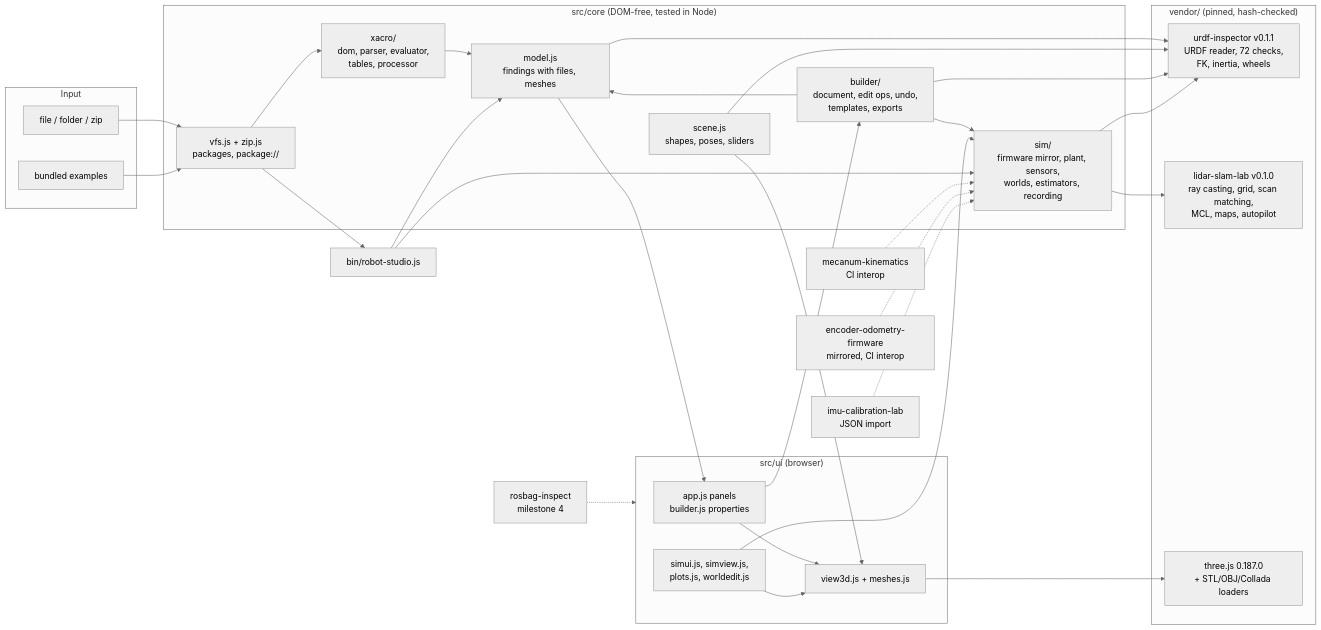
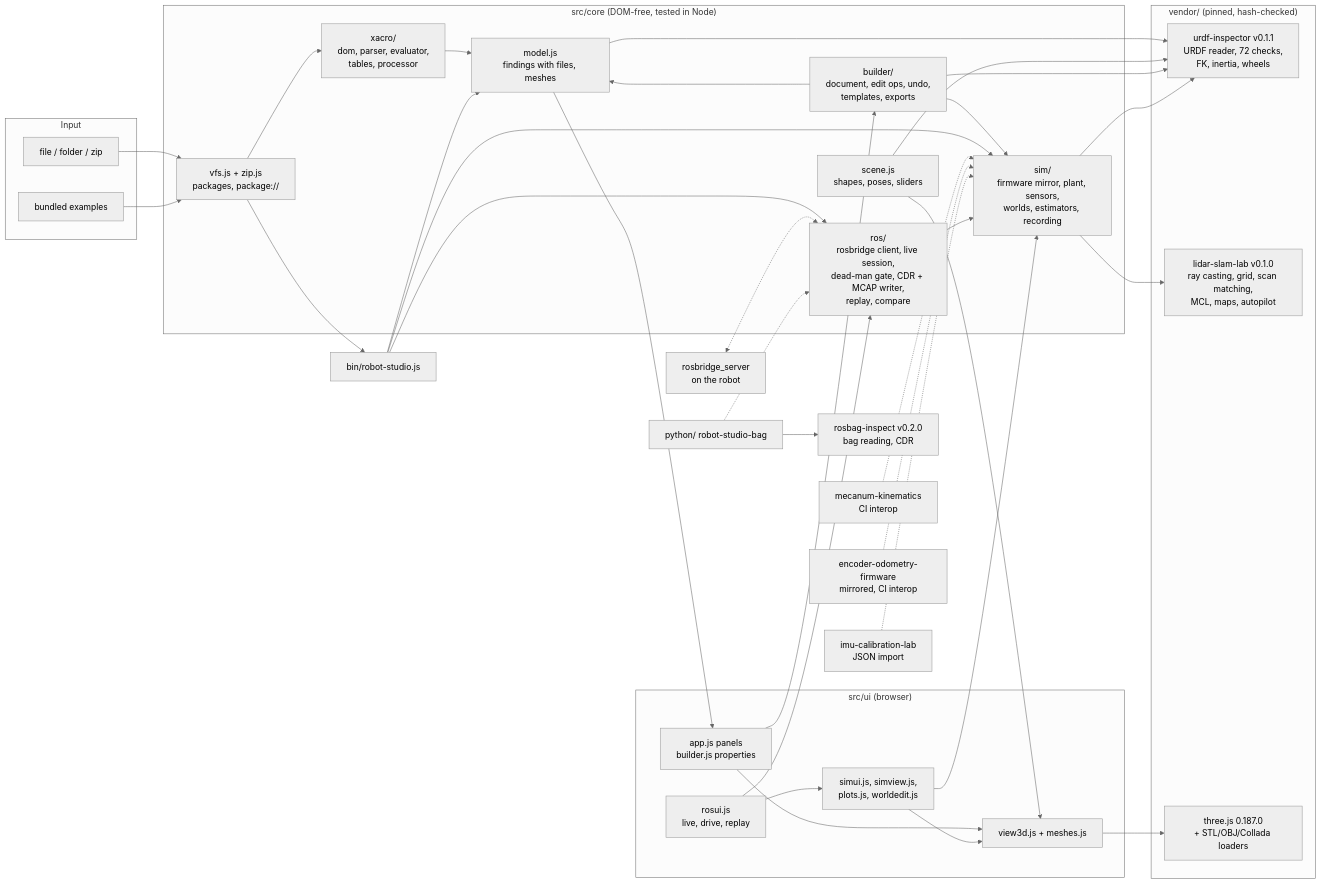
One commit to projectbin07-stack/robot-studio changed the diagram in README.md. Above: the diagram before and after it, drawn with Mermaid (neutral theme). The commit also changed other lines of this file and 6 other files, not shown here.

First line of the commit message:
Document milestone 4: docs/ros2.md, README ROS 2 section, validation tiers and owner instructions, roadmap (criteria 1-6 met, 7 not met), handoff, decisions, changelog

````diff
--- a/README.md
+++ b/README.md
@@ -266,48 +345,56 @@
 ```mermaid
 flowchart LR
   subgraph input[Input]
     F[file / folder / zip]
     E[bundled examples]
   end
   subgraph core["src/core (DOM-free, tested in Node)"]
     V[vfs.js + zip.js<br/>packages, package://]
     X[xacro/<br/>dom, parser, evaluator,<br/>tables, processor]
     M[model.js<br/>findings with files, meshes]
     S[scene.js<br/>shapes, poses, sliders]
     B[builder/<br/>document, edit ops, undo,<br/>templates, exports]
     SIM[sim/<br/>firmware mirror, plant, sensors,<br/>worlds, estimators, recording]
+    ROS[ros/<br/>rosbridge client, live session,<br/>dead-man gate, CDR + MCAP writer,<br/>replay, compare]
   end
   subgraph vendor["vendor/ (pinned, hash-checked)"]
     UI[urdf-inspector v0.1.1<br/>URDF reader, 72 checks,<br/>FK, inertia, wheels]
     LS[lidar-slam-lab v0.1.0<br/>ray casting, grid, scan matching,<br/>MCL, maps, autopilot]
     T[three.js 0.187.0<br/>+ STL/OBJ/Collada loaders]
   end
   subgraph ui["src/ui (browser)"]
     A[app.js panels<br/>builder.js properties]
     R[view3d.js + meshes.js]
     SU[simui.js, simview.js,<br/>plots.js, worldedit.js]
+    RU[rosui.js<br/>live, drive, replay]
   end
   CLI[bin/robot-studio.js]
   F --> V
   E --> V
   V --> X --> M
   M --> UI
   S --> UI
   M --> A
   S --> R --> T
   A --> R
   V --> CLI --> M
   B --> M
   B --> UI
   A --> B
   B --> SIM
   SIM --> UI
   SIM --> LS
   SU --> SIM
   SU --> R
   CLI --> SIM
   MK[mecanum-kinematics<br/>CI interop] -.-> SIM
   FW[encoder-odometry-firmware<br/>mirrored, CI interop] -.-> SIM
   IC[imu-calibration-lab<br/>JSON import] -.-> SIM
-  RB[rosbag-inspect<br/>milestone 4] -.-> ui
+  ROS --> SIM
+  RU --> ROS
+  RU --> SU
+  CLI --> ROS
+  RBG[rosbridge_server<br/>on the robot] <-.-> ROS
+  PY[python/ robot-studio-bag] --> RB[rosbag-inspect v0.2.0<br/>bag reading, CDR]
+  PY -.-> ROS
 ```
````
